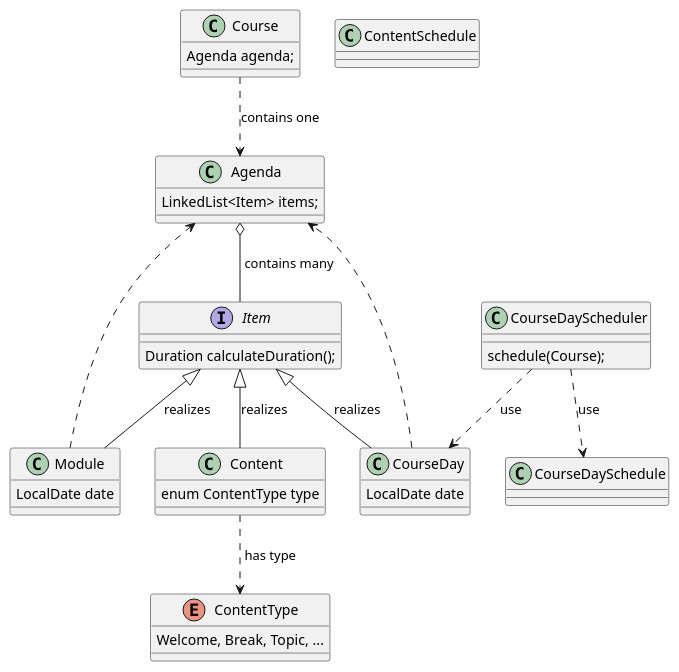
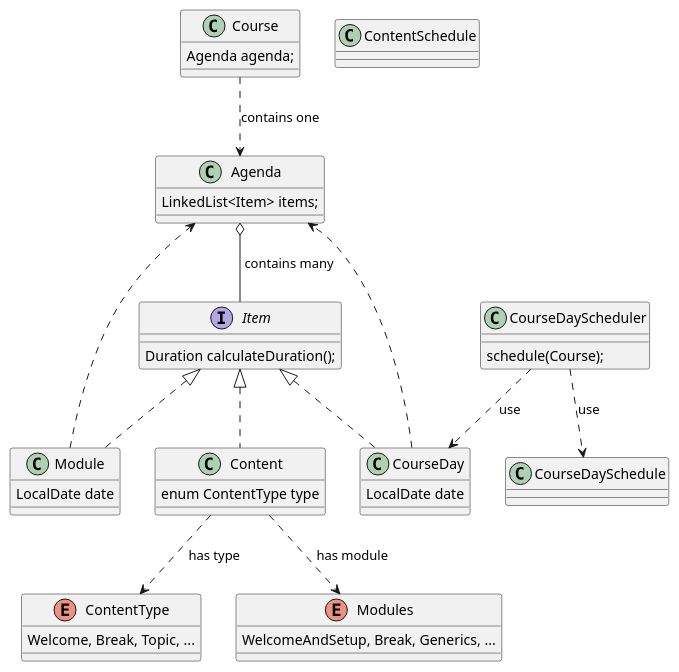
Before and after one commit to ThorstenEckstein/programmierung2-W3WI-109-ss24: the diagram in docs/diagrams/course-model.v1.puml, drawn with PlantUML. The commit also changed 1 other file, not shown here.

Commit message:
diagram updates

```diff
--- a/docs/diagrams/course-model.v1.puml
+++ b/docs/diagrams/course-model.v1.puml
@@ -1,48 +1,53 @@
 @startuml
 'https://plantuml.com/class-diagram
 
 skinparam groupInheritance 1
 
 scale 1.0
 
 class Course {
   Agenda agenda;
 }
 class Agenda {
   LinkedList<Item> items;
 }
 interface Item {
   Duration calculateDuration();
 }
-class CourseDay {
+class CourseDay implements Item {
   LocalDate date
 }
-class Module {
+class Module implements Item {
   LocalDate date
 }
-class Content {
+class Content implements Item {
   enum ContentType type
 }
 enum ContentType {
   Welcome, Break, Topic, ...
+}
+enum Modules {
+  WelcomeAndSetup, Break, Generics, ...
 }
 
 class CourseDaySchedule {}
 class ContentSchedule {}
 class CourseDayScheduler {
   schedule(Course);
 }
 
-Course      ..>     Agenda       : "contains one"
-CourseDay   ..>     Agenda
-Module      ..>     Agenda
-Agenda      o--     Item         : " contains many"
-Item        <|--    CourseDay    : "realizes"
-Item        <|--    Module       : "realizes"
-Item        <|--    Content      : "realizes"
-Content     ..>     ContentType  : " has type"
+Course      ..>        Agenda       : "contains one"
+CourseDay   ..>        Agenda
+Module      ..>        Agenda
+'Content     ..>        Agenda
+Agenda      o--        Item         : " contains many"
+'Item        <|..       CourseDay    : "realizes"
+'Item        <|.[#red]. Module       : "realizes" <<deprecated>>
+'Item        <|..       Content      : "realizes"
+Content     ..>        ContentType  : " has type"
+Content     ..>        Modules      : " has module"
 
 CourseDayScheduler ..> CourseDay         : "use"
 CourseDayScheduler ..> CourseDaySchedule : "use"
 
 @enduml
```
